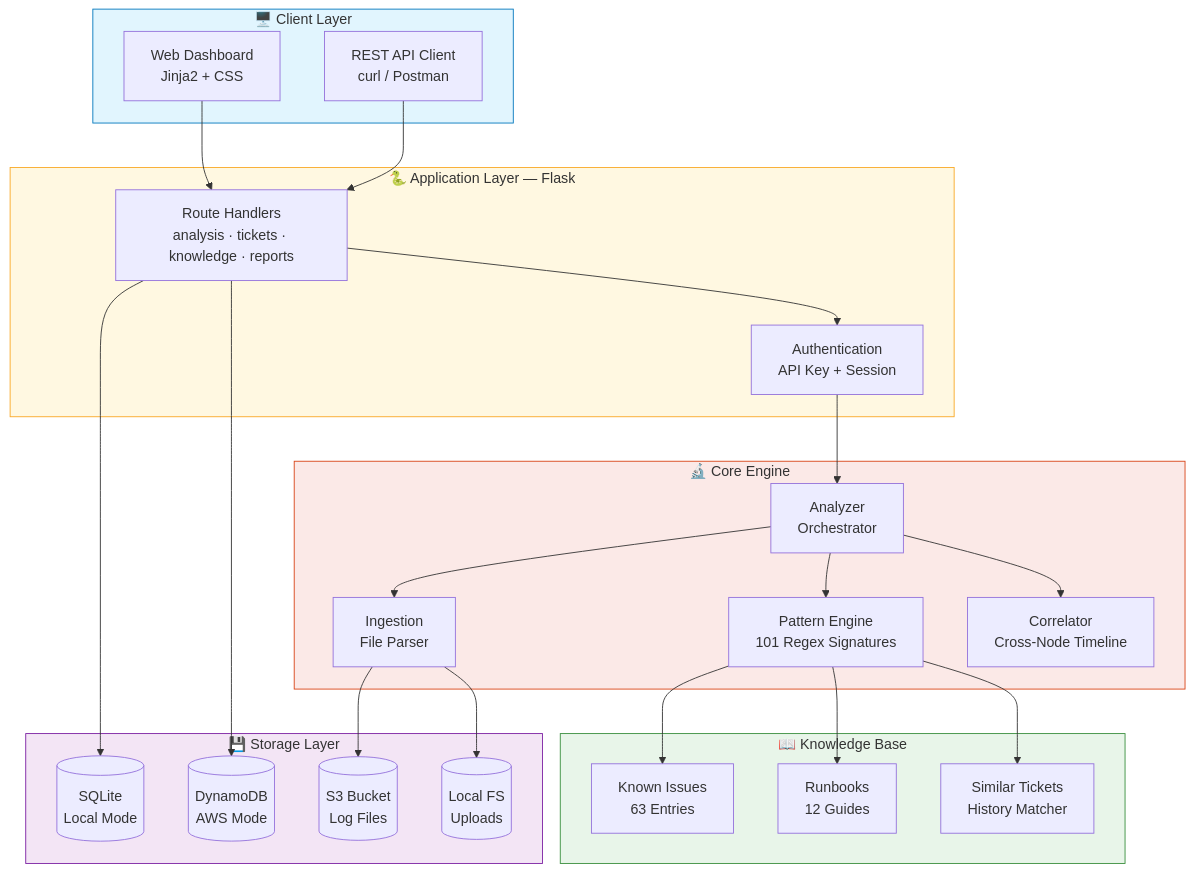
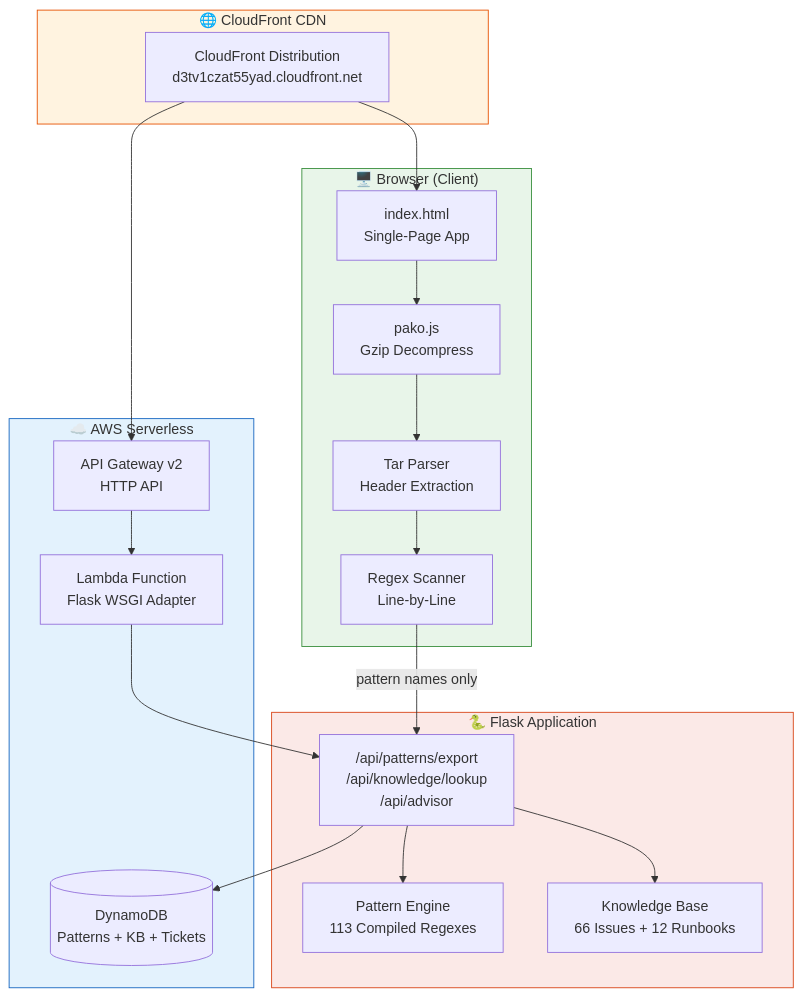
One commit to yadakrishna245/Log_analysis changed the third of 3 diagrams in README.md. Above: the diagram before and after it, drawn with Mermaid. The commit also changed other lines of this file and 4 other files, not shown here.

Commit message:
Complete documentation rewrite: README with mermaid diagrams, docstrings added to all key source files

````diff
--- a/README.md
+++ b/README.md
@@ -114,53 +176,43 @@
 ```mermaid
 graph TB
-    subgraph CLIENT["🖥️ Client Layer"]
-        UI[Web Dashboard<br/>Jinja2 + CSS]
-        API_CLIENT[REST API Client<br/>curl / Postman]
+    subgraph CDN["🌐 CloudFront CDN"]
+        CF[CloudFront Distribution<br/>d3tv1czat55yad.cloudfront.net]
     end
 
-    subgraph APP["🐍 Application Layer — Flask"]
-        ROUTES[Route Handlers<br/>analysis · tickets · knowledge · reports]
-        AUTH[Authentication<br/>API Key + Session]
+    subgraph SERVERLESS["☁️ AWS Serverless"]
+        APIGW[API Gateway v2<br/>HTTP API]
+        LAMBDA[Lambda Function<br/>Flask WSGI Adapter]
+        DYNAMO[(DynamoDB<br/>Patterns + KB + Tickets)]
     end
 
-    subgraph CORE["🔬 Core Engine"]
-        PATTERNS[Pattern Engine<br/>101 Regex Signatures]
-        ANALYZER[Analyzer<br/>Orchestrator]
-        INGESTION[Ingestion<br/>File Parser]
-        CORRELATOR[Correlator<br/>Cross-Node Timeline]
+    subgraph FLASK["🐍 Flask Application"]
+        ROUTES["/api/patterns/export<br/>/api/knowledge/lookup<br/>/api/advisor"]
+        ENGINE[Pattern Engine<br/>113 Compiled Regexes]
+        KB[Knowledge Base<br/>66 Issues + 12 Runbooks]
     end
 
-    subgraph KB["📖 Knowledge Base"]
-        ISSUES[Known Issues<br/>63 Entries]
-        RUNBOOKS[Runbooks<br/>12 Guides]
-        SIMILAR[Similar Tickets<br/>History Matcher]
+    subgraph BROWSER["🖥️ Browser (Client)"]
+        HTML[index.html<br/>Single-Page App]
+        PAKO[pako.js<br/>Gzip Decompress]
+        TARPARSER[Tar Parser<br/>Header Extraction]
+        SCANNER[Regex Scanner<br/>Line-by-Line]
     end
 
-    subgraph STORAGE["💾 Storage Layer"]
-        SQLITE[(SQLite<br/>Local Mode)]
-        DYNAMO[(DynamoDB<br/>AWS Mode)]
-        S3[(S3 Bucket<br/>Log Files)]
-        LOCAL_FS[(Local FS<br/>Uploads)]
-    end
+    CF --> APIGW
+    APIGW --> LAMBDA
+    LAMBDA --> ROUTES
+    ROUTES --> ENGINE
+    ROUTES --> KB
+    ROUTES --> DYNAMO
 
-    UI --> ROUTES
-    API_CLIENT --> ROUTES
-    ROUTES --> AUTH
-    AUTH --> ANALYZER
-    ANALYZER --> INGESTION
-    ANALYZER --> PATTERNS
-    ANALYZER --> CORRELATOR
-    PATTERNS --> ISSUES
-    PATTERNS --> RUNBOOKS
-    PATTERNS --> SIMILAR
-    ROUTES --> SQLITE
-    ROUTES --> DYNAMO
-    INGESTION --> S3
-    INGESTION --> LOCAL_FS
+    CF --> HTML
+    HTML --> PAKO
+    PAKO --> TARPARSER
+    TARPARSER --> SCANNER
+    SCANNER -->|pattern names only| ROUTES
 
-    style CLIENT fill:#e1f5fe,stroke:#0277bd
-    style APP fill:#fff8e1,stroke:#f9a825
-    style CORE fill:#fbe9e7,stroke:#d84315
-    style KB fill:#e8f5e9,stroke:#388e3c
-    style STORAGE fill:#f3e5f5,stroke:#7b1fa2
+    style CDN fill:#fff3e0,stroke:#e65100
+    style SERVERLESS fill:#e3f2fd,stroke:#1565c0
+    style FLASK fill:#fbe9e7,stroke:#d84315
+    style BROWSER fill:#e8f5e9,stroke:#388e3c
 ```
````
